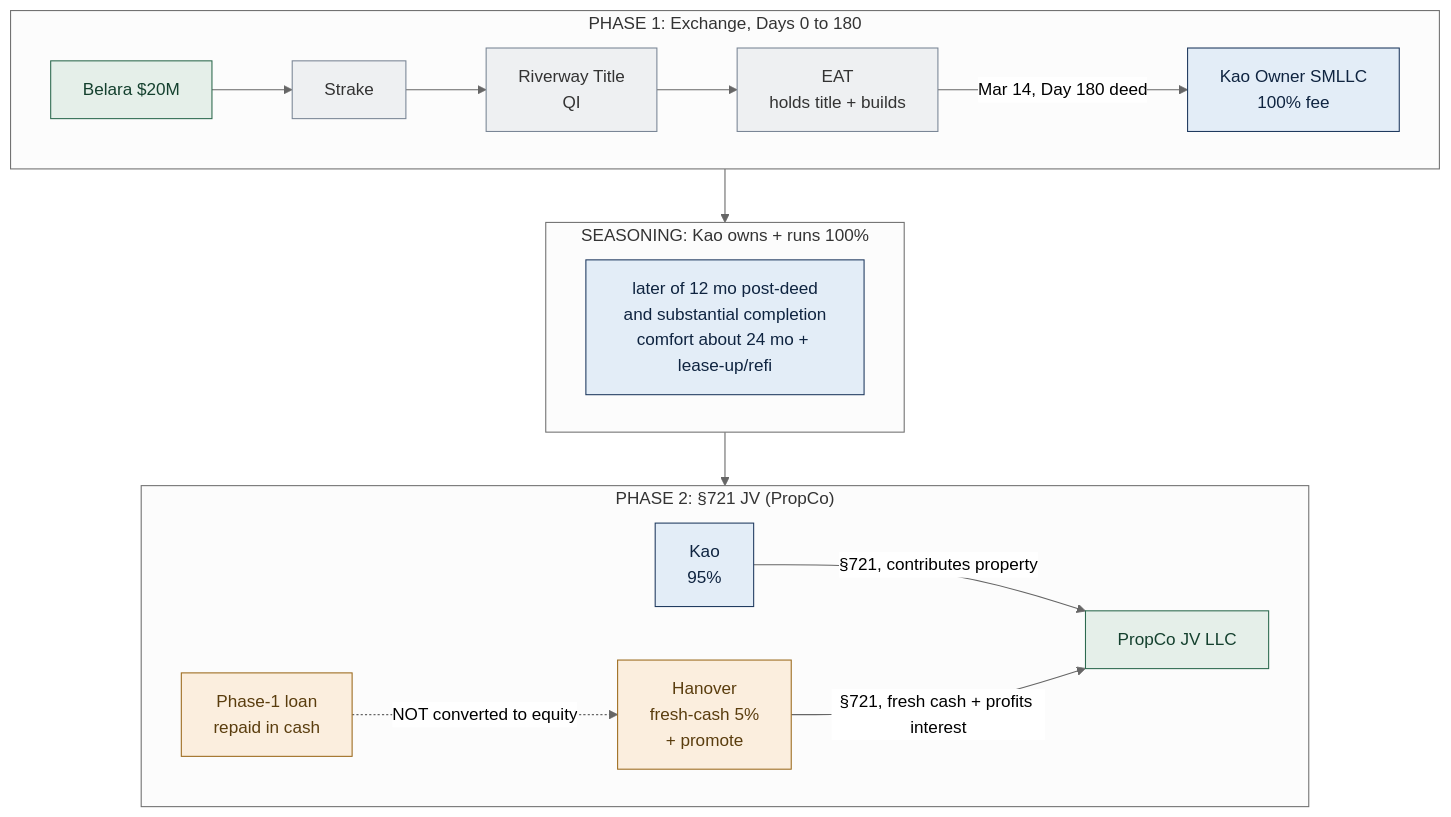
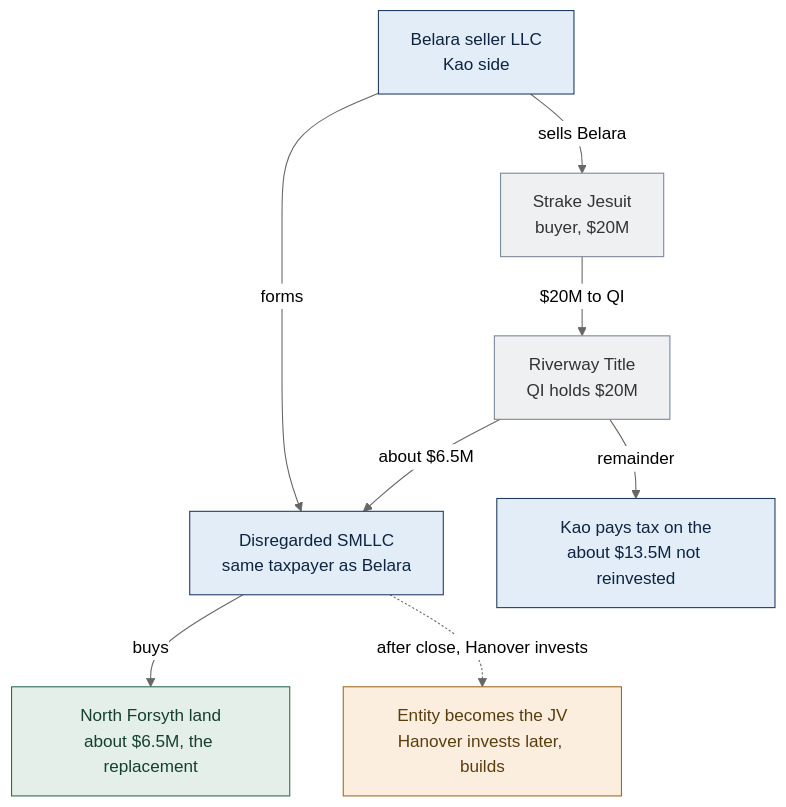
One commit to EthanCow/North-Forsyth-1031-Diagrams changed the first of 6 diagrams in North_Forsyth_1031_Diagrams.md. Above: the diagram before and after it, drawn with Mermaid (neutral theme). The commit also changed other lines of this file and 1 other file, not shown here.

First line of the commit message:
Rewrite site + diagrams to the June 17 counsel structure

````diff
--- a/North_Forsyth_1031_Diagrams.md
+++ b/North_Forsyth_1031_Diagrams.md
@@ -137,30 +82,21 @@
 ```mermaid
 flowchart TB
-  subgraph P1["PHASE 1: Exchange, Days 0 to 180"]
-    Belara["Belara $20M"]:::asset
-    SK["Strake"]:::neutral
-    QI["Riverway Title\nQI"]:::neutral
-    EAT["EAT\nholds title + builds"]:::neutral
-    KLLC["Kao Owner SMLLC\n100% fee"]:::kao
-    Belara --> SK --> QI
-    QI --> EAT
-    EAT -->|"Mar 14, Day 180 deed"| KLLC
-  end
-  subgraph GAP["SEASONING: Kao owns + runs 100%"]
-    G["later of 12 mo post-deed\nand substantial completion\ncomfort about 24 mo + lease-up/refi"]:::kao
-  end
-  subgraph P2["PHASE 2: §721 JV (PropCo)"]
-    K2["Kao\n95%"]:::kao
-    H["Hanover\nfresh-cash 5%\n+ promote"]:::han
-    HL["Phase-1 loan\nrepaid in cash"]:::han
-    JV["PropCo JV LLC"]:::asset
-    K2 -->|"§721, contributes property"| JV
-    H -->|"§721, fresh cash + profits interest"| JV
-    HL -.->|"NOT converted to equity"| H
-  end
-  P1 --> GAP --> P2
+  BEL["Belara seller LLC\nKao side"]:::kao
+  SMLLC["Disregarded SMLLC\nsame taxpayer as Belara"]:::kao
+  SK["Strake Jesuit\nbuyer, $20M"]:::neutral
+  QI["Riverway Title\nQI holds $20M"]:::neutral
+  LAND["North Forsyth land\nabout $6.5M, the replacement"]:::asset
+  PAY["Kao pays tax on the\nabout $13.5M not reinvested"]:::kao
+  JV["Entity becomes the JV\nHanover invests later, builds"]:::han
+  BEL -->|"forms"| SMLLC
+  BEL -->|"sells Belara"| SK
+  SK -->|"$20M to QI"| QI
+  QI -->|"about $6.5M"| SMLLC
+  SMLLC -->|"buys"| LAND
+  QI -->|"remainder"| PAY
+  SMLLC -.->|"after close, Hanover invests"| JV
   classDef kao fill:#e3edf7,stroke:#1f3a5f,color:#0f2440;
   classDef han fill:#fbeede,stroke:#9c6b1e,color:#5a3d0e;
   classDef neutral fill:#eef0f2,stroke:#7a8696,color:#333;
   classDef asset fill:#e5efe9,stroke:#2d6a4f,color:#14402e;
 ```
````
